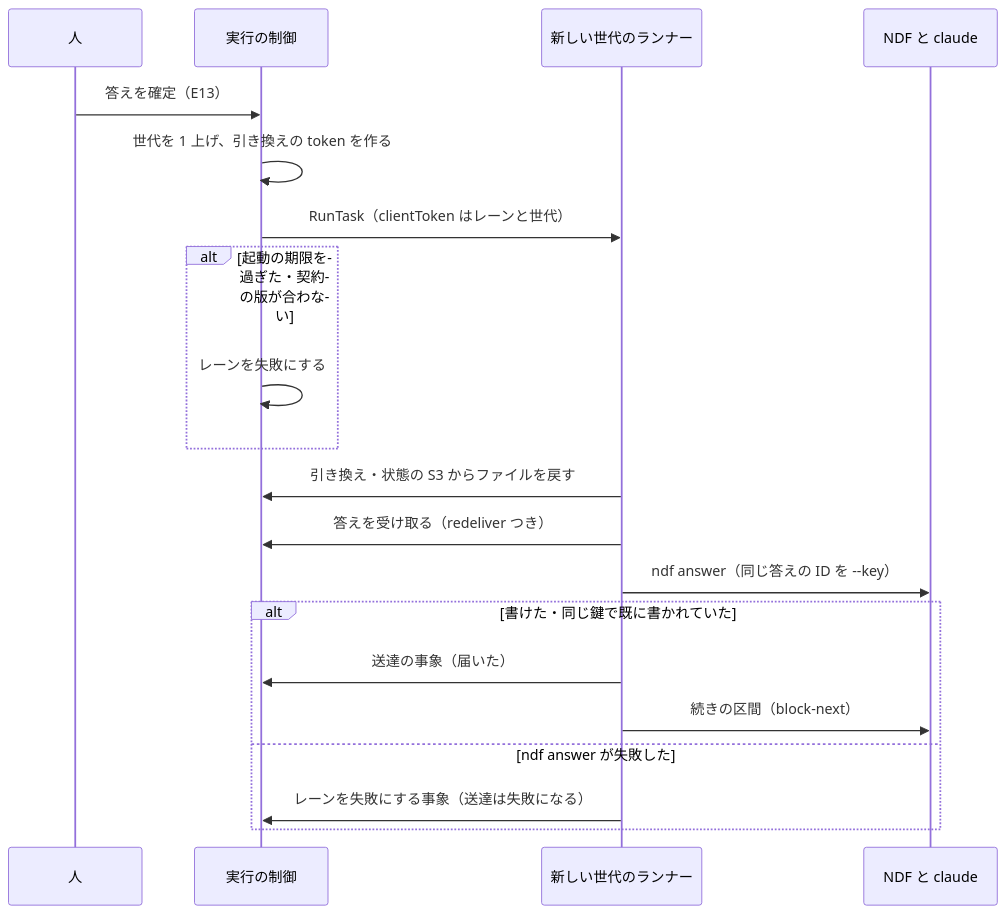
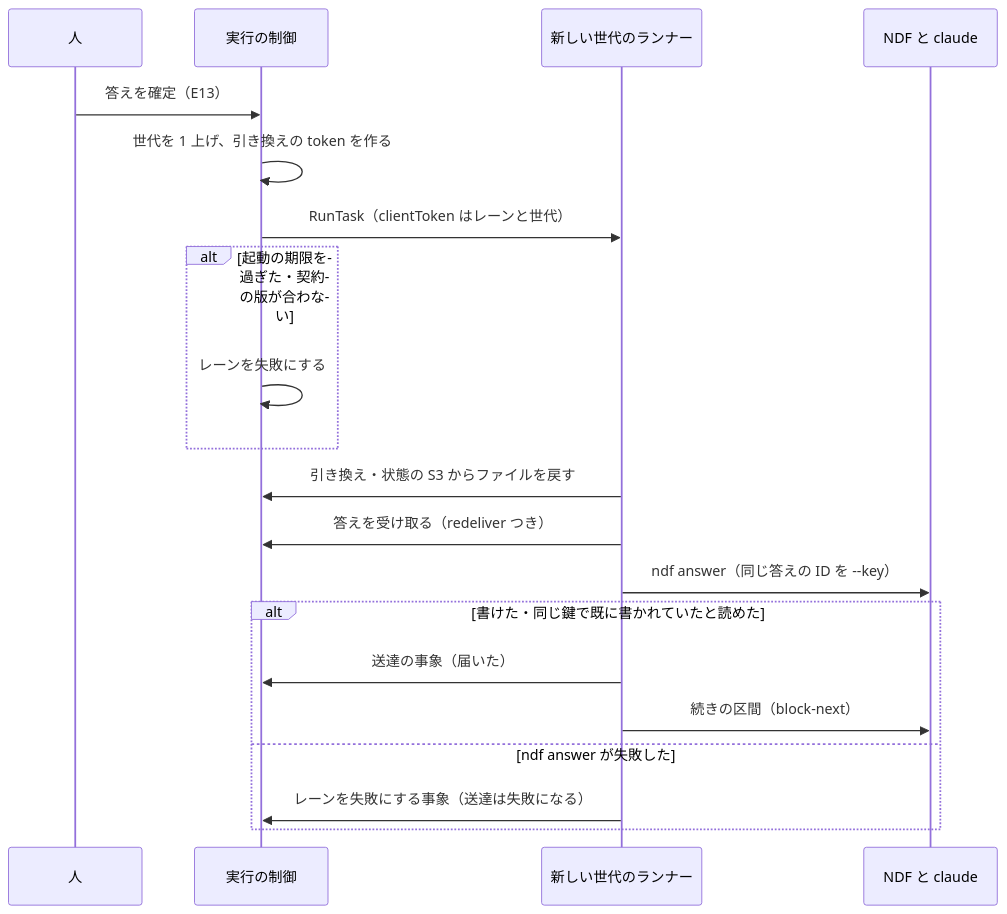
Before and after one commit to devbasex/nd-factory: the ninth of 10 diagrams in issues/issue-32-design.md, drawn with Mermaid. The commit also changed other lines of this file, not shown here.

````diff
--- a/issues/issue-32-design.md
+++ b/issues/issue-32-design.md
@@ -442,22 +492,22 @@
 ```mermaid
 sequenceDiagram
     participant H as 人
     participant API as 実行の制御
     participant R as 新しい世代のランナー
     participant N as NDF と claude
     H->>API: 答えを確定（E13）
     API->>API: 世代を 1 上げ、引き換えの token を作る
     API->>R: RunTask（clientToken はレーンと世代）
     alt 起動の期限を過ぎた・契約の版が合わない
         API->>API: レーンを失敗にする
     end
     R->>API: 引き換え・状態の S3 からファイルを戻す
     R->>API: 答えを受け取る（redeliver つき）
     R->>N: ndf answer（同じ答えの ID を --key）
-    alt 書けた・同じ鍵で既に書かれていた
+    alt 書けた・同じ鍵で既に書かれていたと読めた
         R->>API: 送達の事象（届いた）
         R->>N: 続きの区間（block-next）
     else ndf answer が失敗した
         R->>API: レーンを失敗にする事象（送達は失敗になる）
     end
 ```
````
